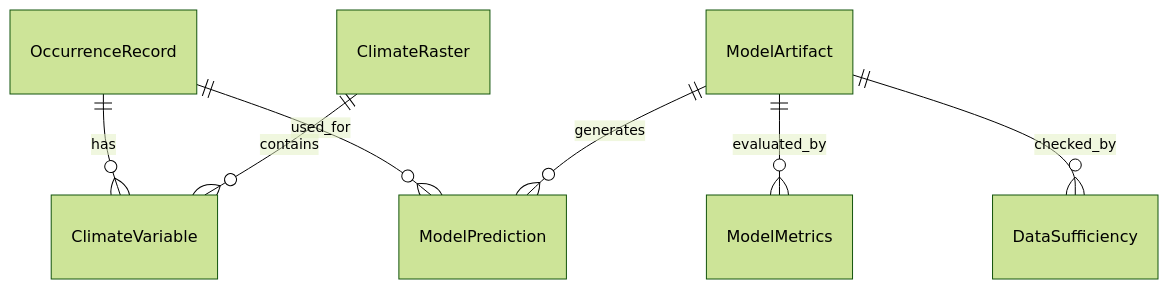
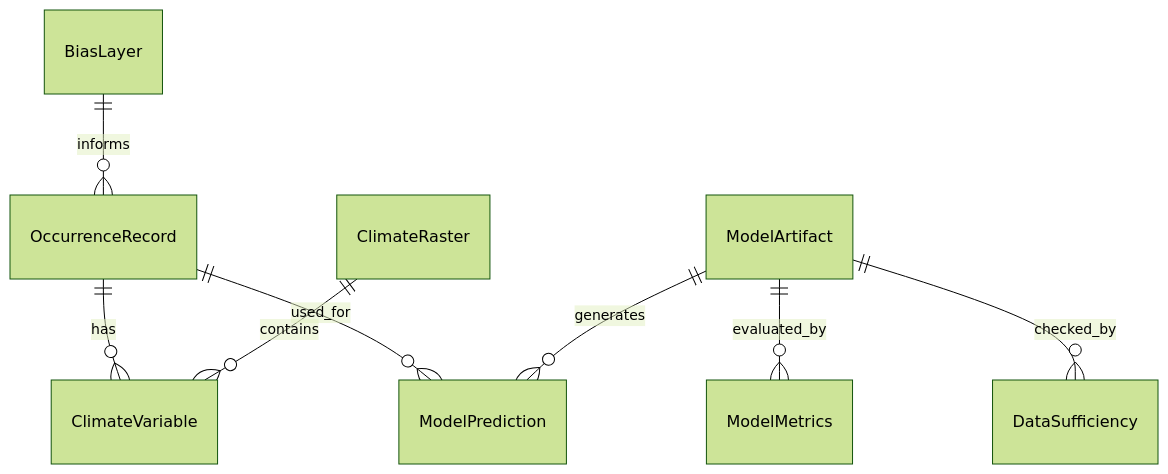
Before and after one commit to ContextLab/llmXive: the diagram in projects/PROJ-181-predicting-species-distribution-shifts-u/specs/001-predicting-species-distribution-shifts-u/data-model.md, drawn with Mermaid (forest theme). The commit also changed other lines of this file and 19 other files, not shown here.

````diff
--- a/projects/PROJ-181-predicting-species-distribution-shifts-u/specs/001-predicting-species-distribution-shifts-u/data-model.md
+++ b/projects/PROJ-181-predicting-species-distribution-shifts-u/specs/001-predicting-species-distribution-shifts-u/data-model.md
@@ -6,9 +6,10 @@
 ```mermaid
 erDiagram
     OccurrenceRecord ||--o{ ClimateVariable : "has"
     OccurrenceRecord ||--o{ ModelPrediction : "used_for"
     ModelArtifact ||--o{ ModelPrediction : "generates"
     ClimateRaster ||--o{ ClimateVariable : "contains"
     ModelArtifact ||--o{ ModelMetrics : "evaluated_by"
     ModelArtifact ||--o{ DataSufficiency : "checked_by"
+    BiasLayer ||--o{ OccurrenceRecord : "informs"
 ```
````
